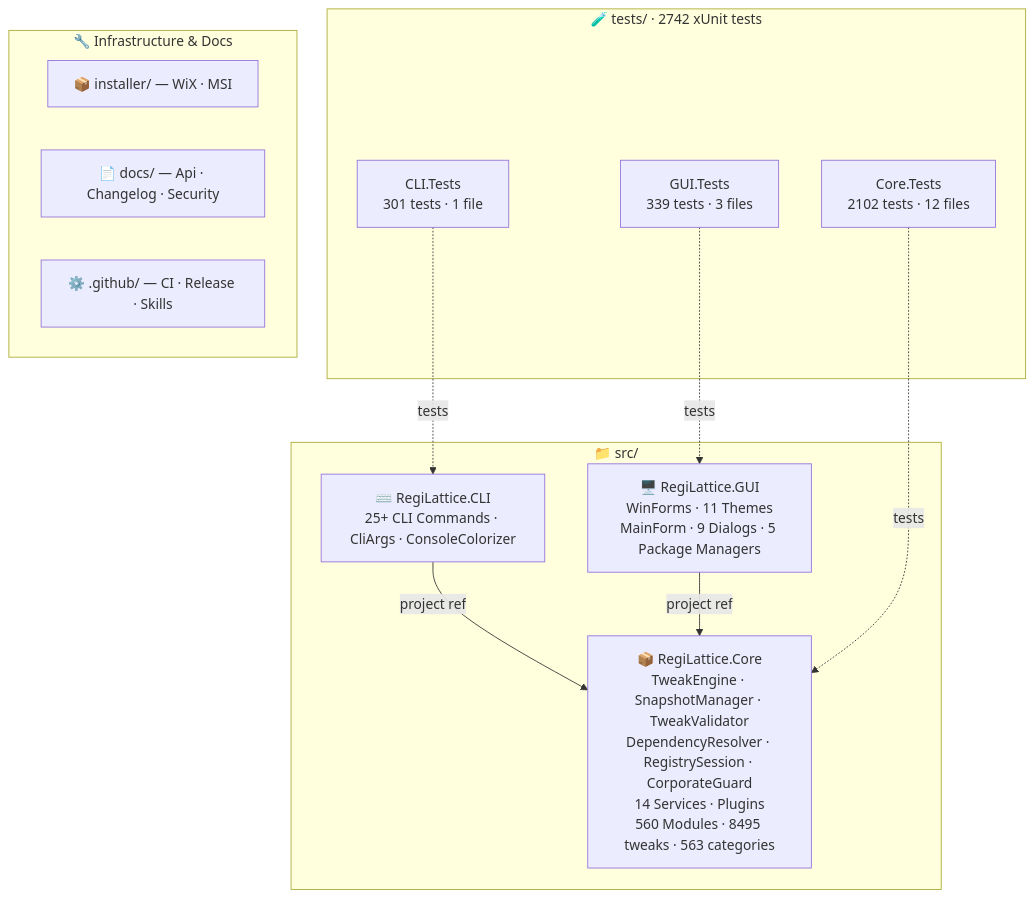
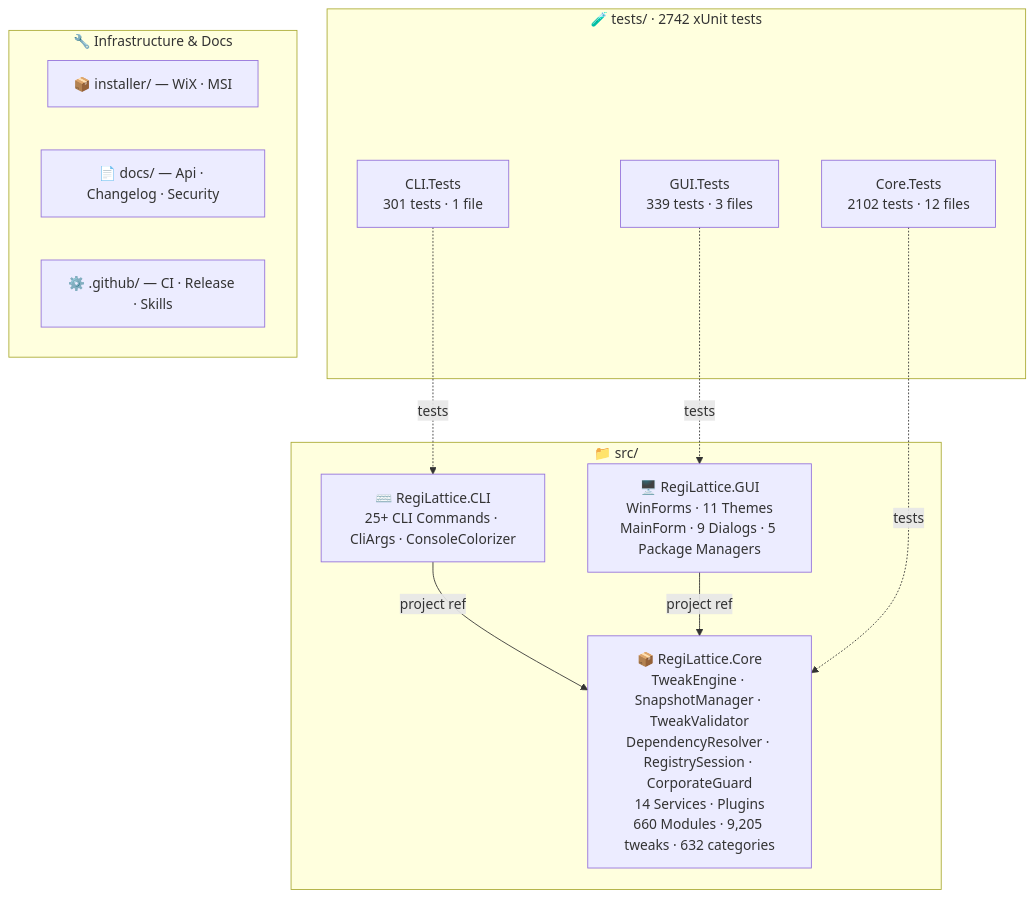
Before and after one commit to RajwanYair/RegiLattice: the second of 2 diagrams in README.md, drawn with Mermaid. The commit also changed other lines of this file and 5 other files, not shown here.

````diff
--- a/README.md
+++ b/README.md
@@ -255,26 +255,26 @@
 ```mermaid
 graph TD
     subgraph SRC["📁 src/"]
-        CORE["📦 RegiLattice.Core<br/>TweakEngine · SnapshotManager · TweakValidator<br/>DependencyResolver · RegistrySession · CorporateGuard<br/>14 Services · Plugins<br/>560 Modules · 8495 tweaks · 563 categories"]
+        CORE["📦 RegiLattice.Core<br/>TweakEngine · SnapshotManager · TweakValidator<br/>DependencyResolver · RegistrySession · CorporateGuard<br/>14 Services · Plugins<br/>660 Modules · 9,205 tweaks · 632 categories"]
         GUI["🖥️ RegiLattice.GUI<br/>WinForms · 11 Themes<br/>MainForm · 9 Dialogs · 5 Package Managers"]
         CLI["⌨️ RegiLattice.CLI<br/>25+ CLI Commands · CliArgs · ConsoleColorizer"]
     end
 
     subgraph TST["🧪 tests/  ·  2742 xUnit tests"]
         CT["Core.Tests<br/>2102 tests · 12 files"]
         CLT["CLI.Tests<br/>301 tests · 1 file"]
         GT["GUI.Tests<br/>339 tests · 3 files"]
     end
 
     subgraph INFRA["🔧 Infrastructure & Docs"]
         INST["📦 installer/ — WiX · MSI"]
         DOCS["📄 docs/ — Api · Changelog · Security"]
         GH["⚙️ .github/ — CI · Release · Skills"]
     end
 
     CLI -->|project ref| CORE
     GUI -->|project ref| CORE
     CT -.->|tests| CORE
     CLT -.->|tests| CLI
     GT -.->|tests| GUI
 ```
````
